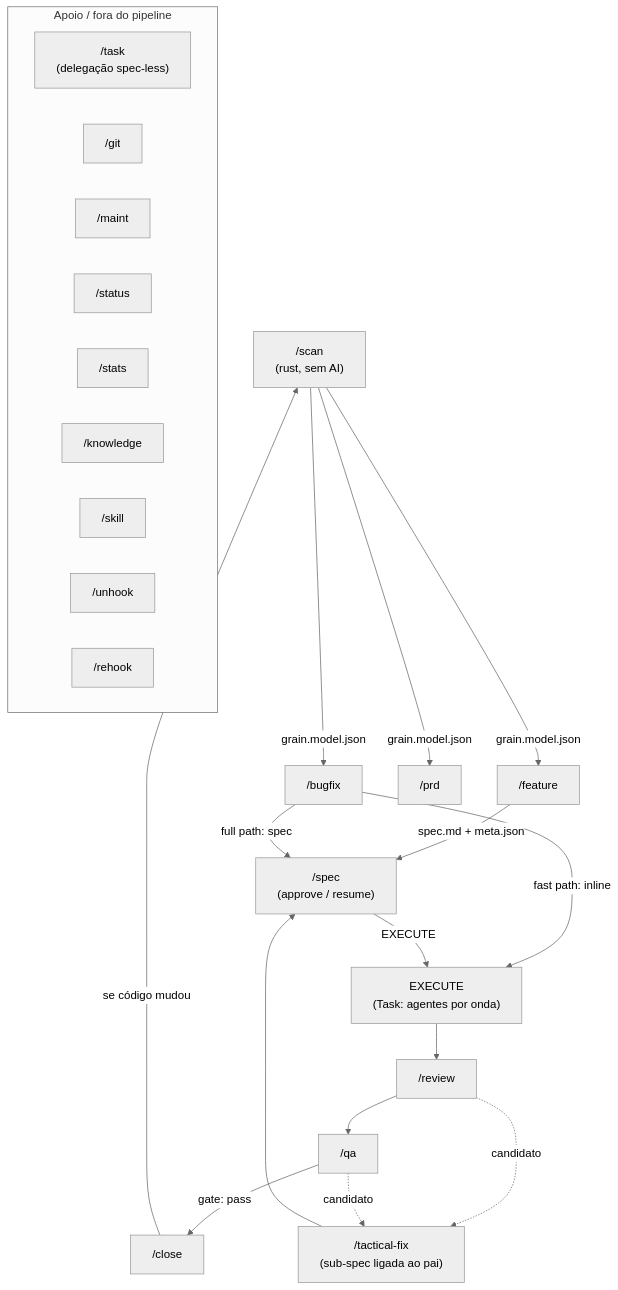
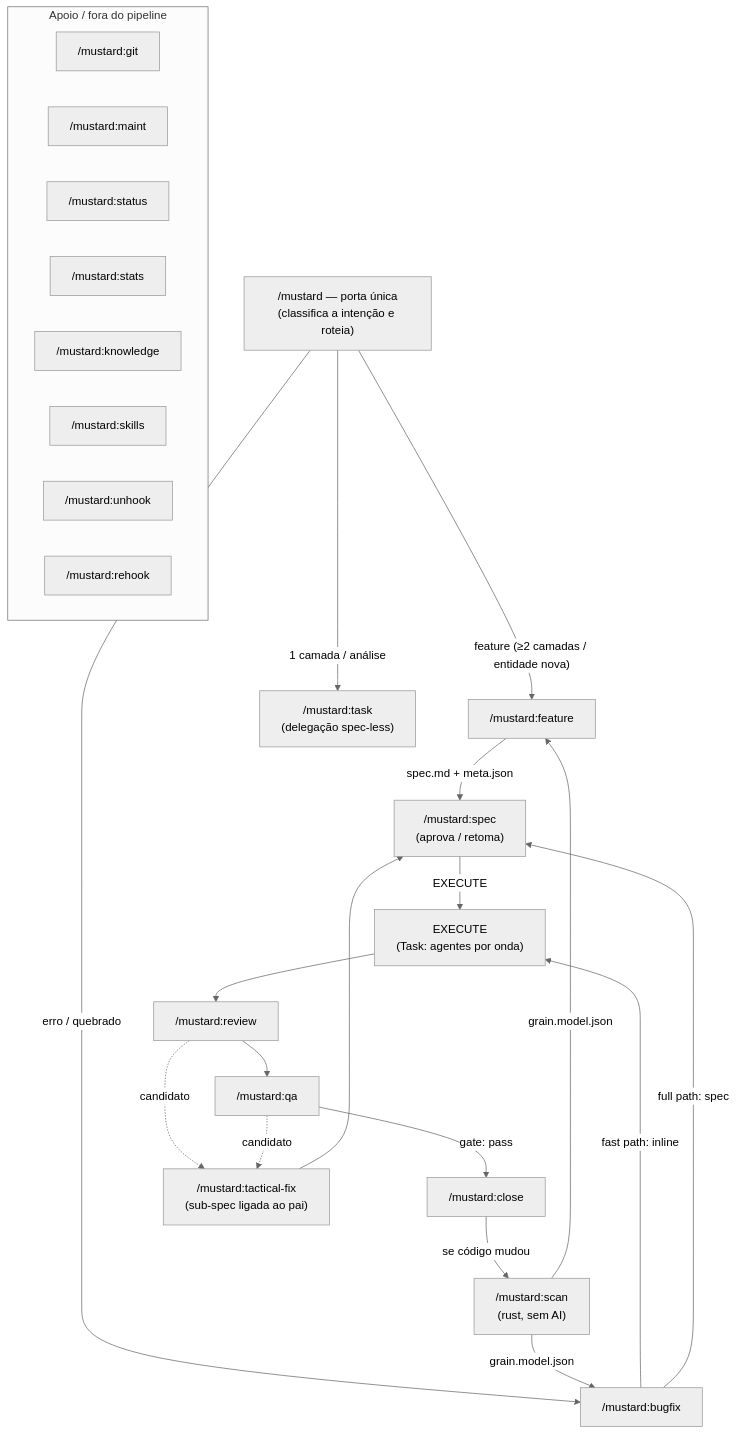
Before and after one commit to rubensrpj/mustard: the first of 20 diagrams in MUSTARD-COMMANDS.md, drawn with Mermaid (neutral theme). The commit also changed other lines of this file and 35 other files, not shown here.

````diff
--- a/MUSTARD-COMMANDS.md
+++ b/MUSTARD-COMMANDS.md
@@ -19,33 +23,35 @@
 ```mermaid
 flowchart TD
-    scan["/scan<br/>(rust, sem AI)"] -->|grain.model.json| feat["/feature"]
-    scan -->|grain.model.json| bug["/bugfix"]
-    scan -->|grain.model.json| prd["/prd"]
+    door["/mustard — porta única<br/>(classifica a intenção e roteia)"] -->|"feature (≥2 camadas / entidade nova)"| feat["/mustard:feature"]
+    door -->|"erro / quebrado"| bug["/mustard:bugfix"]
+    door -->|"1 camada / análise"| task["/mustard:task<br/>(delegação spec-less)"]
 
-    feat -->|spec.md + meta.json| spec["/spec<br/>(approve / resume)"]
-    bug -->|fast path: inline| exec
-    bug -->|full path: spec| spec
+    scan["/mustard:scan<br/>(rust, sem AI)"] -->|grain.model.json| feat
+    scan -->|grain.model.json| bug
+
+    feat -->|spec.md + meta.json| spec["/mustard:spec<br/>(aprova / retoma)"]
+    bug -->|"fast path: inline"| exec
+    bug -->|"full path: spec"| spec
 
     spec -->|EXECUTE| exec["EXECUTE<br/>(Task: agentes por onda)"]
-    exec --> review["/review"]
-    review --> qa["/qa"]
-    qa -->|gate: pass| close["/close"]
+    exec --> review["/mustard:review"]
+    review --> qa["/mustard:qa"]
+    qa -->|"gate: pass"| close["/mustard:close"]
 
-    review -. candidato .-> tf["/tactical-fix<br/>(sub-spec ligada ao pai)"]
+    review -. candidato .-> tf["/mustard:tactical-fix<br/>(sub-spec ligada ao pai)"]
     qa -. candidato .-> tf
     tf --> spec
 
     close -->|se código mudou| scan
 
     subgraph apoio["Apoio / fora do pipeline"]
-        task["/task<br/>(delegação spec-less)"]
-        git["/git"]
-        maint["/maint"]
-        status["/status"]
-        stats["/stats"]
-        knowledge["/knowledge"]
-        skill["/skill"]
-        unhook["/unhook"]
-        rehook["/rehook"]
+        git["/mustard:git"]
+        maint["/mustard:maint"]
+        status["/mustard:status"]
+        stats["/mustard:stats"]
+        knowledge["/mustard:knowledge"]
+        skills["/mustard:skills"]
+        unhook["/mustard:unhook"]
+        rehook["/mustard:rehook"]
     end
 ```
````
